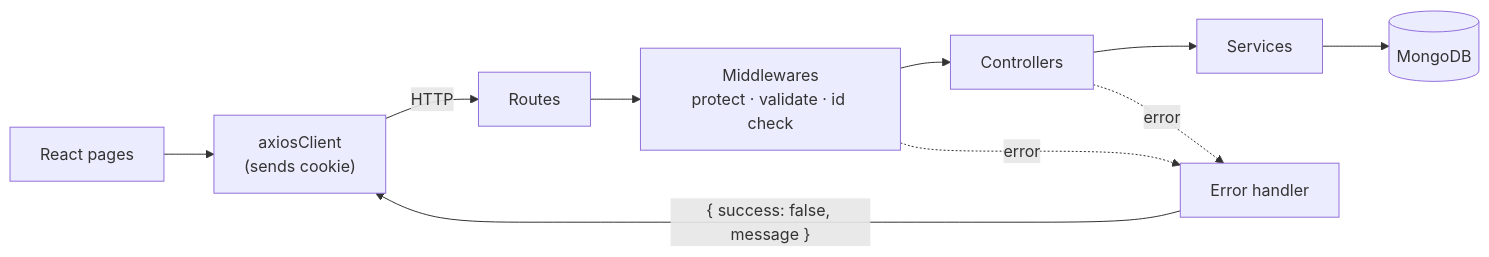
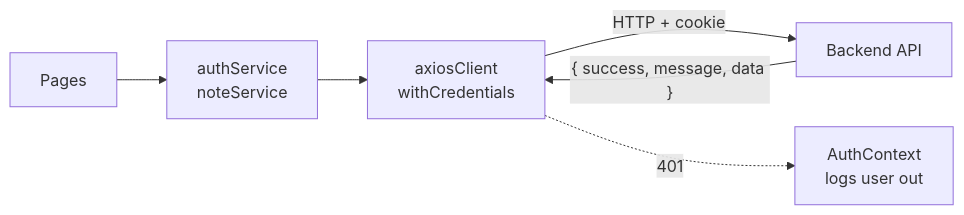
The diagram in README.md (Aman-kumar-git12/InfrasityAssignmentDev), drawn with Mermaid before and after one commit. The commit also changed other lines of this file, not shown here.

````diff
--- a/README.md
+++ b/README.md
@@ -35,12 +39,8 @@
 ```mermaid
 flowchart LR
-    UI["React pages"] --> AX["axiosClient<br/>(sends cookie)"]
-    AX -->|HTTP| R["Routes"]
-    R --> MW["Middlewares<br/>protect · validate · id check"]
-    MW --> C["Controllers"]
-    C --> S["Services"]
-    S --> DB[("MongoDB")]
-    MW -. error .-> EH["Error handler"]
-    C -. error .-> EH
-    EH -->|"{ success: false, message }"| AX
+    P["Pages"] --> SV["authService<br/>noteService"]
+    SV --> AX["axiosClient<br/>withCredentials"]
+    AX -->|"HTTP + cookie"| API["Backend API"]
+    API -->|"{ success, message, data }"| AX
+    AX -. "401" .-> AC["AuthContext<br/>logs user out"]
 ```
````
